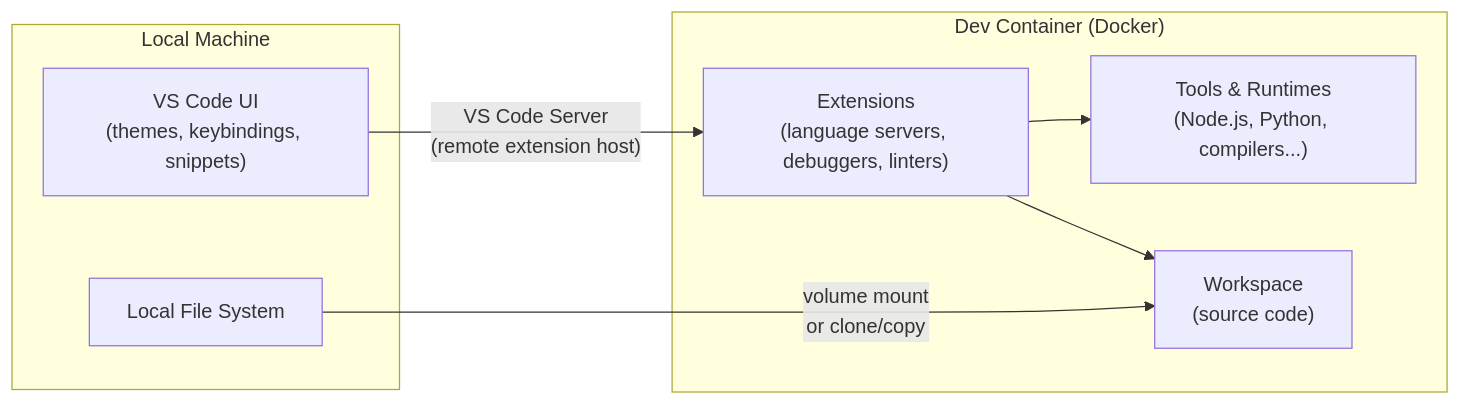
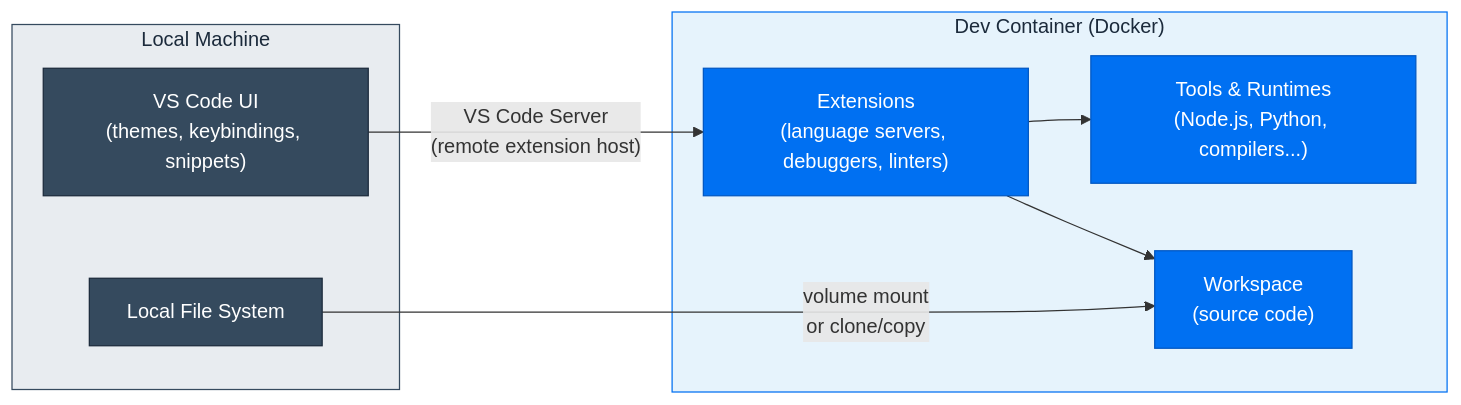
The diagram in prerequisites.md (SAP-samples/cap-hana-exercises-codejam), drawn with Mermaid before and after one commit. The commit also changed other lines of this file and 1 other file, not shown here.

Commit message:
Add mcp.json for MDK MCP server configuration and update prerequisites.md with Dev Container architecture details

````diff
--- a/prerequisites.md
+++ b/prerequisites.md
@@ -178,18 +178,25 @@
 ```mermaid
 graph LR
     subgraph local["Local Machine"]
         UI["VS Code UI<br/>(themes, keybindings, snippets)"]
         FS["Local File System"]
     end
 
     subgraph container["Dev Container (Docker)"]
         EXT["Extensions<br/>(language servers, debuggers, linters)"]
         TOOLS["Tools & Runtimes<br/>(Node.js, Python, compilers...)"]
         WS["Workspace<br/>(source code)"]
     end
 
     UI -- "VS Code Server<br/>(remote extension host)" --> EXT
     FS -- "volume mount<br/>or clone/copy" --> WS
     EXT --> TOOLS
     EXT --> WS
+
+    classDef localNode fill:#354A5E,stroke:#1B2A3B,color:#FFFFFF
+    classDef containerNode fill:#0070F2,stroke:#0057C2,color:#FFFFFF
+    class UI,FS localNode
+    class EXT,TOOLS,WS containerNode
+    style local fill:#E8ECF0,stroke:#354A5E,color:#1B2A3B
+    style container fill:#E6F3FC,stroke:#0070F2,color:#1B2A3B
 ```
````
